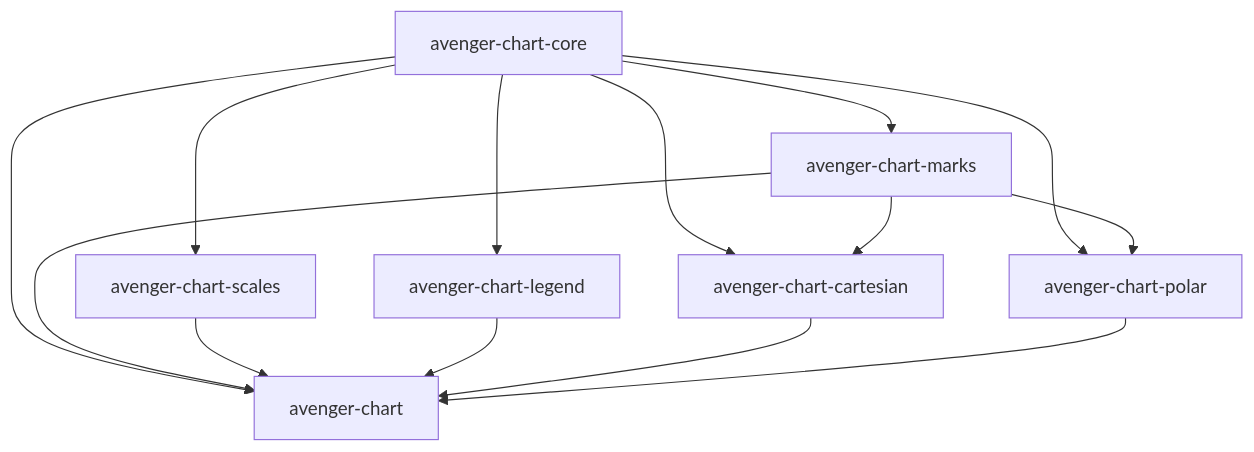
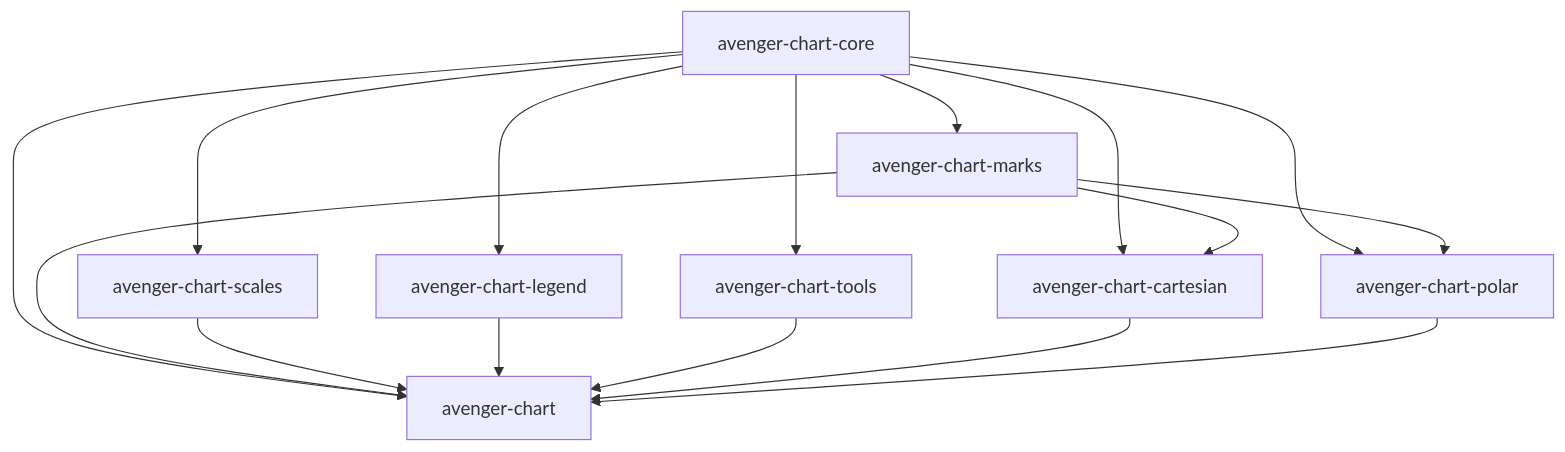
Before and after one commit to jonmmease/avenger: the diagram in avenger-chart/docs/architecture/crate-boundaries.md, drawn with Mermaid. The commit also changed other lines of this file and 16 other files, not shown here.

Commit message:
refactor(chart): move pan zoom tool to tools crate

````diff
--- a/avenger-chart/docs/architecture/crate-boundaries.md
+++ b/avenger-chart/docs/architecture/crate-boundaries.md
@@ -27,24 +28,27 @@
 ```mermaid
 flowchart TD
     Core["avenger-chart-core"]
     Marks["avenger-chart-marks"]
     Scales["avenger-chart-scales"]
     Legend["avenger-chart-legend"]
+    Tools["avenger-chart-tools"]
     Cartesian["avenger-chart-cartesian"]
     Polar["avenger-chart-polar"]
     Chart["avenger-chart"]
 
     Core --> Marks
     Core --> Scales
     Core --> Legend
+    Core --> Tools
     Core --> Cartesian
     Core --> Polar
     Core --> Chart
     Marks --> Cartesian
     Marks --> Polar
     Marks --> Chart
     Scales --> Chart
     Legend --> Chart
+    Tools --> Chart
     Cartesian --> Chart
     Polar --> Chart
 ```
````
